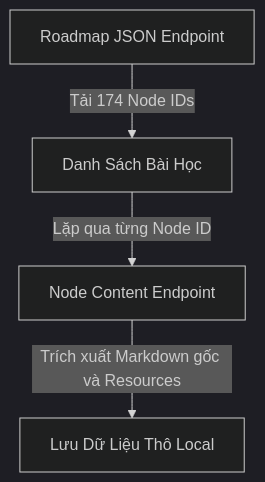
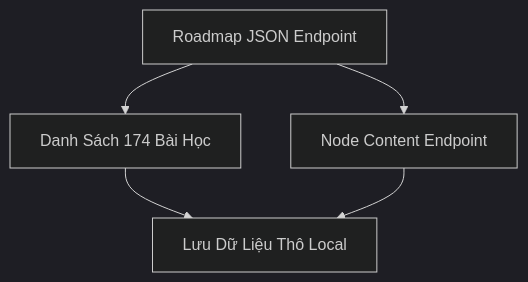
The diagram in content/posts/quy-trinh-thu-thap-va-chuyen-doi-ai-engineer-roadmap-song-ngu.md (nguyengoctin/my_website), drawn with Mermaid (dark theme) before and after one commit. The commit also changed 17 other files, not shown here.

````diff
--- a/content/posts/quy-trinh-thu-thap-va-chuyen-doi-ai-engineer-roadmap-song-ngu.md
+++ b/content/posts/quy-trinh-thu-thap-va-chuyen-doi-ai-engineer-roadmap-song-ngu.md
@@ -55,6 +55,7 @@
 ```mermaid
 flowchart TD
-    A["Roadmap JSON Endpoint"] -->|Tải 174 Node IDs| B["Danh Sách Bài Học"]
-    B -->|Lặp qua từng Node ID| C["Node Content Endpoint"]
-    C -->|Trích xuất Markdown gốc và Resources| D["Lưu Dữ Liệu Thô Local"]
+    A["Roadmap JSON Endpoint"] --> B["Danh Sách 174 Bài Học"]
+    A --> C["Node Content Endpoint"]
+    B --> D["Lưu Dữ Liệu Thô Local"]
+    C --> D
 ```
````
